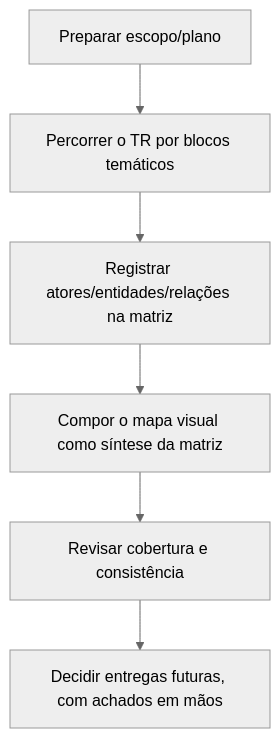
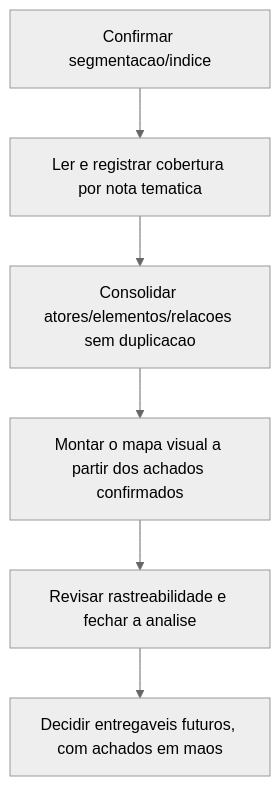
The diagram in QA Workspace/02 Demandas/DEV/SGV-11262 - [QA-Automação] Termo de Referência SOGOV/Roadmap - Modelo de atores e preset do TR.md (RafaCartaxo/brainwork), drawn with Mermaid (neutral theme) before and after one commit. The commit also changed other lines of this file and 9 other files, not shown here.

````diff
--- a/QA Workspace/02 Demandas/DEV/SGV-11262 - [QA-Automação] Termo de Referência SOGOV/Roadmap - Modelo de atores e preset do TR.md
+++ b/QA Workspace/02 Demandas/DEV/SGV-11262 - [QA-Automação] Termo de Referência SOGOV/Roadmap - Modelo de atores e preset do TR.md
@@ -43,8 +42,8 @@
 ```mermaid
 flowchart TD
-    A[Preparar escopo/plano] --> B[Percorrer o TR por blocos temáticos]
-    B --> C[Registrar atores/entidades/relações na matriz]
-    C --> D[Compor o mapa visual como síntese da matriz]
-    D --> E[Revisar cobertura e consistência]
-    E --> F[Decidir entregas futuras, com achados em mãos]
+    A[Confirmar segmentacao/indice] --> B[Ler e registrar cobertura por nota tematica]
+    B --> C[Consolidar atores/elementos/relacoes sem duplicacao]
+    C --> D[Montar o mapa visual a partir dos achados confirmados]
+    D --> E[Revisar rastreabilidade e fechar a analise]
+    E --> F[Decidir entregaveis futuros, com achados em maos]
 ```
````
